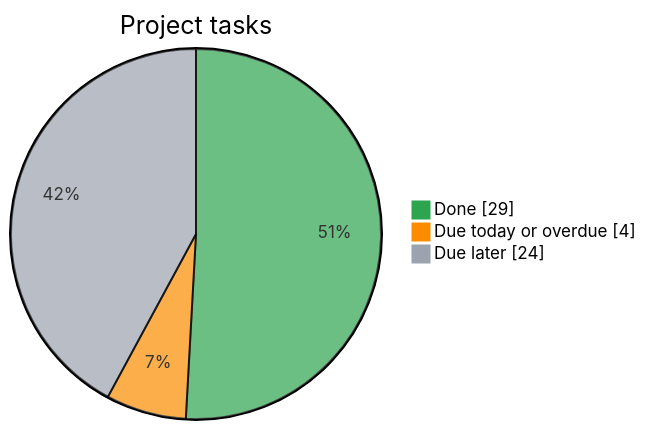
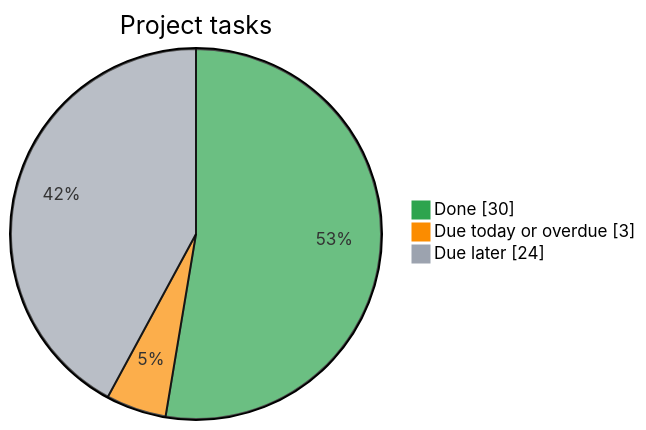
Before and after one commit to Kr1sKros/IKT466-Corporate-Bankruptcy-Predictor: the diagram in README.md, drawn with Mermaid. The commit also changed other lines of this file, not shown here.

Commit message:
docs: refresh task dashboard

````diff
--- a/README.md
+++ b/README.md
@@ -8,8 +8,8 @@
 ```mermaid
 %%{init: {"themeVariables": {"pie1": "#2da44e", "pie2": "#fb8c00", "pie3": "#9ca3af"}}}%%
 pie showData
     title Project tasks
-    "Done" : 29
-    "Due today or overdue" : 4
+    "Done" : 30
+    "Due today or overdue" : 3
     "Due later" : 24
 ```
````
